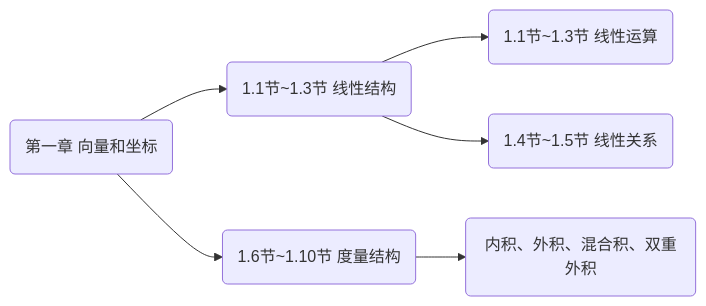
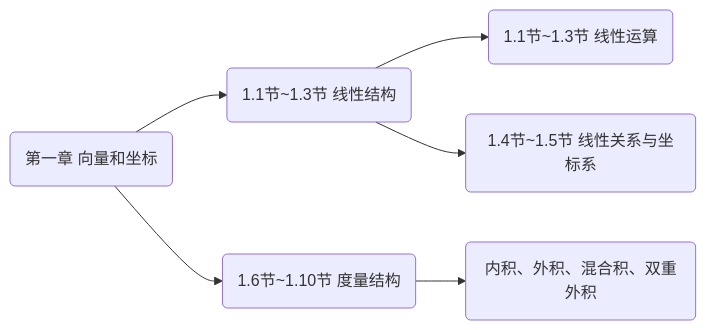
Before and after one commit to SongNingSDUT/SongNingSDUT.github.io: the diagram in html/lecture/analysegeo/ch-01/Sec01-03.md, drawn with Mermaid. The commit also changed other lines of this file and 4 other files, not shown here.

````diff
--- a/html/lecture/analysegeo/ch-01/Sec01-03.md
+++ b/html/lecture/analysegeo/ch-01/Sec01-03.md
@@ -22,8 +22,8 @@
 ```mermaid
 graph LR;
 A("第一章 向量和坐标")-->B("1.1节~1.3节 线性结构");
 B-->C("1.1节~1.3节 线性运算");
-B-->D("1.4节~1.5节 线性关系");
+B-->D("1.4节~1.5节 线性关系与坐标系");
 A-->E("1.6节~1.10节 度量结构");
 E-->F("内积、外积、混合积、双重外积");
 ```
````
